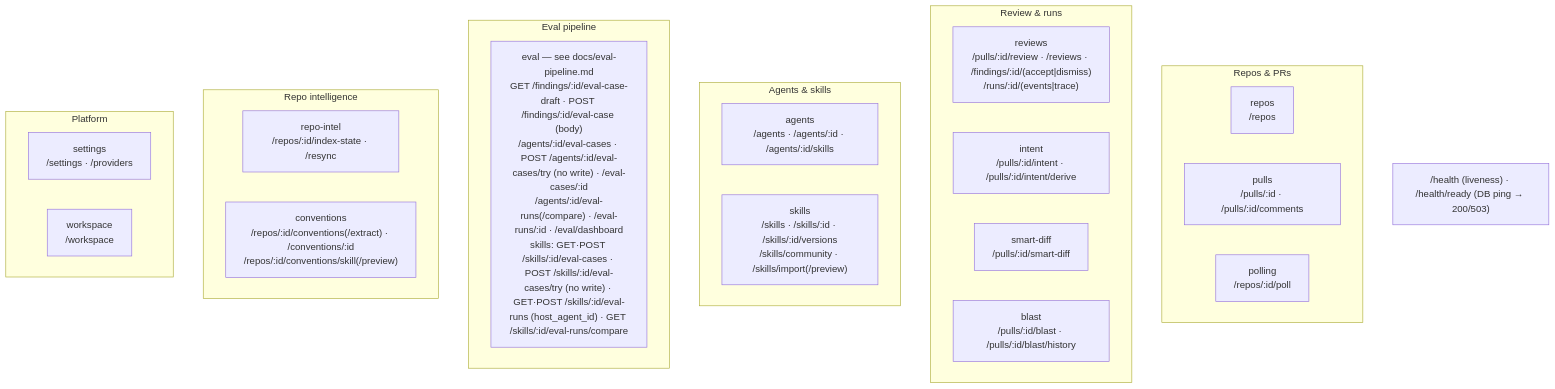
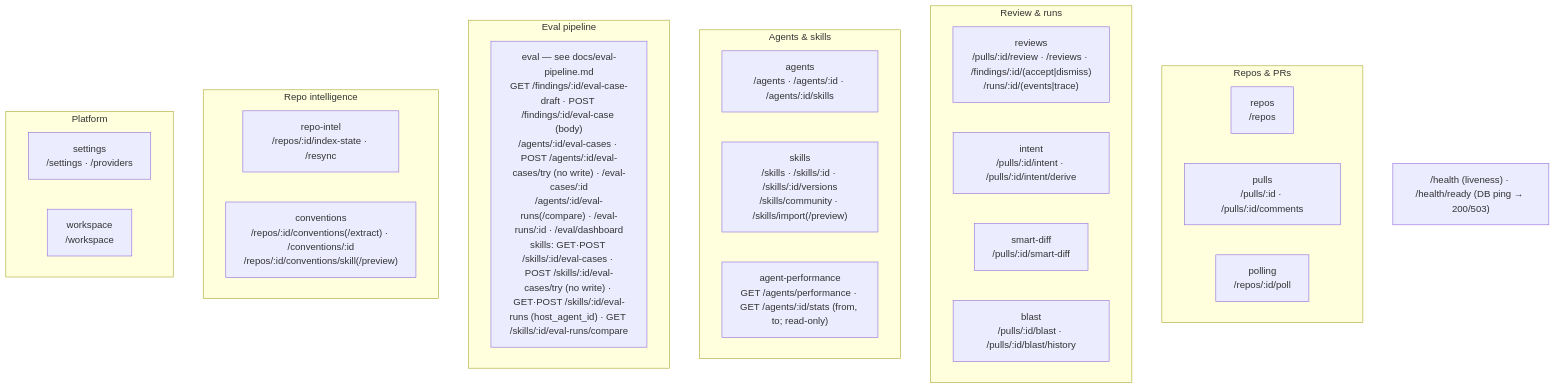
One commit to vklyovsa/dev-digest changed the second of 2 diagrams in server/README.md. Above: the diagram before and after it, drawn with Mermaid. The commit also changed 48 other files, not shown here.

First line of the commit message:
feat(agent-performance): global Agent Performance dashboard (SPEC-11)

````diff
--- a/server/README.md
+++ b/server/README.md
@@ -64,30 +64,31 @@
 ```mermaid
 flowchart TB
   subgraph Repos_PRs["Repos & PRs"]
     repos["repos<br/>/repos"]
     pulls["pulls<br/>/pulls/:id · /pulls/:id/comments"]
     polling["polling<br/>/repos/:id/poll"]
   end
   subgraph Review["Review & runs"]
     reviews["reviews<br/>/pulls/:id/review · /reviews · /findings/:id/(accept|dismiss)<br/>/runs/:id/(events|trace)"]
     intent["intent<br/>/pulls/:id/intent · /pulls/:id/intent/derive"]
     smartDiff["smart-diff<br/>/pulls/:id/smart-diff"]
     blast["blast<br/>/pulls/:id/blast · /pulls/:id/blast/history"]
   end
   subgraph Agents["Agents & skills"]
     agents["agents<br/>/agents · /agents/:id · /agents/:id/skills"]
     skills["skills<br/>/skills · /skills/:id · /skills/:id/versions<br/>/skills/community · /skills/import(/preview)"]
+    agentPerformance["agent-performance<br/>GET /agents/performance · GET /agents/:id/stats (from, to; read-only)"]
   end
   subgraph Eval["Eval pipeline"]
     evalMod["eval — see docs/eval-pipeline.md<br/>GET /findings/:id/eval-case-draft · POST /findings/:id/eval-case (body)<br/>/agents/:id/eval-cases · POST /agents/:id/eval-cases/try (no write) · /eval-cases/:id<br/>/agents/:id/eval-runs(/compare) · /eval-runs/:id · /eval/dashboard<br/>skills: GET·POST /skills/:id/eval-cases · POST /skills/:id/eval-cases/try (no write) · GET·POST /skills/:id/eval-runs (host_agent_id) · GET /skills/:id/eval-runs/compare"]
   end
   subgraph Intel["Repo intelligence"]
     repoIntel["repo-intel<br/>/repos/:id/index-state · /resync"]
     conventions["conventions<br/>/repos/:id/conventions(/extract) · /conventions/:id<br/>/repos/:id/conventions/skill(/preview)"]
   end
   subgraph Platform["Platform"]
     settings["settings<br/>/settings · /providers"]
     workspace["workspace<br/>/workspace"]
   end
   HEALTH["/health (liveness) · /health/ready (DB ping → 200/503)"]
 ```
````
